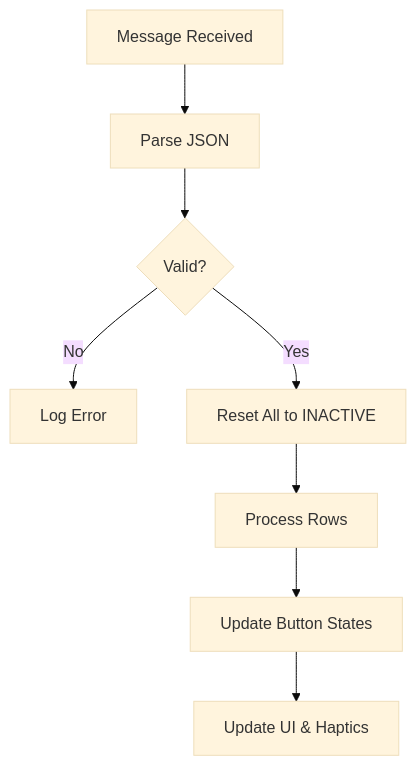
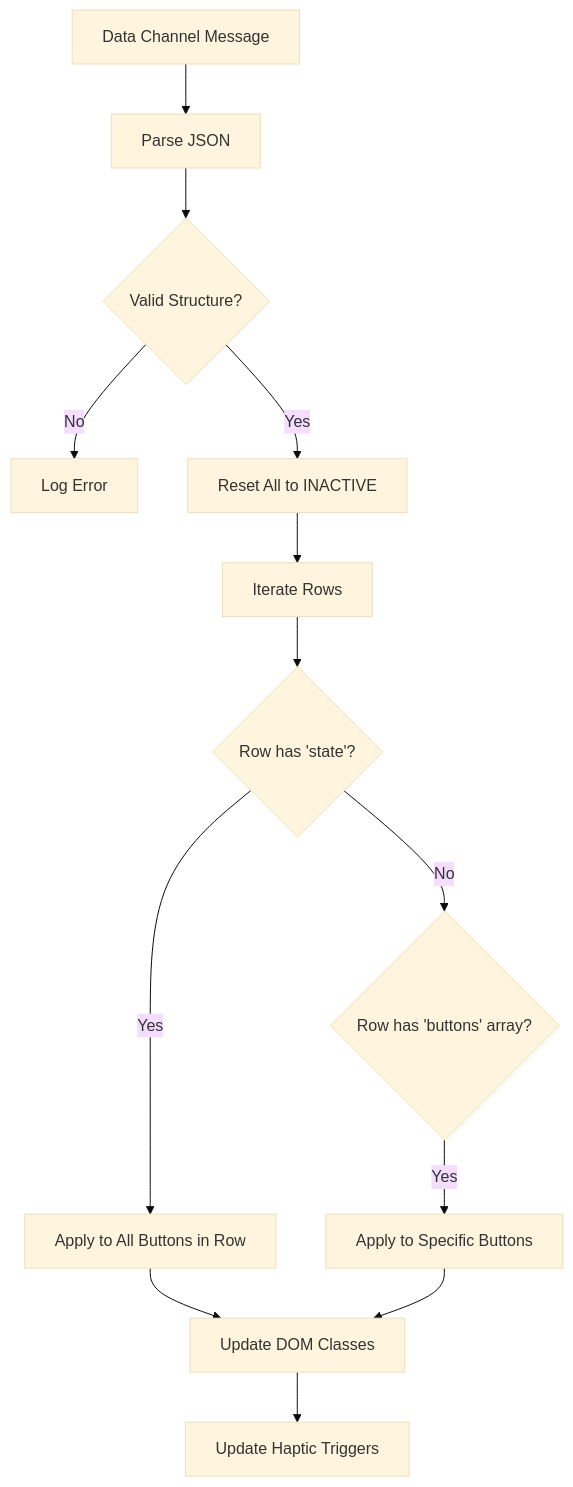
Before and after one commit to LibreTactile/tomat-light-pwa: the third of 6 diagrams in mkdocs/docs/implementation.md, drawn with Mermaid (base theme). The commit also changed other lines of this file and 2 other files, not shown here.

Commit message:
[docs] updated design and moved the vibration button page to exp. folder

````diff
--- a/mkdocs/docs/implementation.md
+++ b/mkdocs/docs/implementation.md
@@ -77,10 +87,15 @@
 ```mermaid
 flowchart TD
-    A[Message Received] --> B[Parse JSON]
-    B --> C{Valid?}
+    A[Data Channel Message] --> B[Parse JSON]
+    B --> C{Valid Structure?}
     C -->|No| D[Log Error]
     C -->|Yes| E[Reset All to INACTIVE]
-    E --> F[Process Rows]
-    F --> G[Update Button States]
-    G --> H[Update UI & Haptics]
+    E --> F[Iterate Rows]
+    F --> G{Row has 'state'?}
+    G -->|Yes| H[Apply to All Buttons in Row]
+    G -->|No| I{Row has 'buttons' array?}
+    I -->|Yes| J[Apply to Specific Buttons]
+    H --> K[Update DOM Classes]
+    J --> K
+    K --> L[Update Haptic Triggers]
 ```
````
